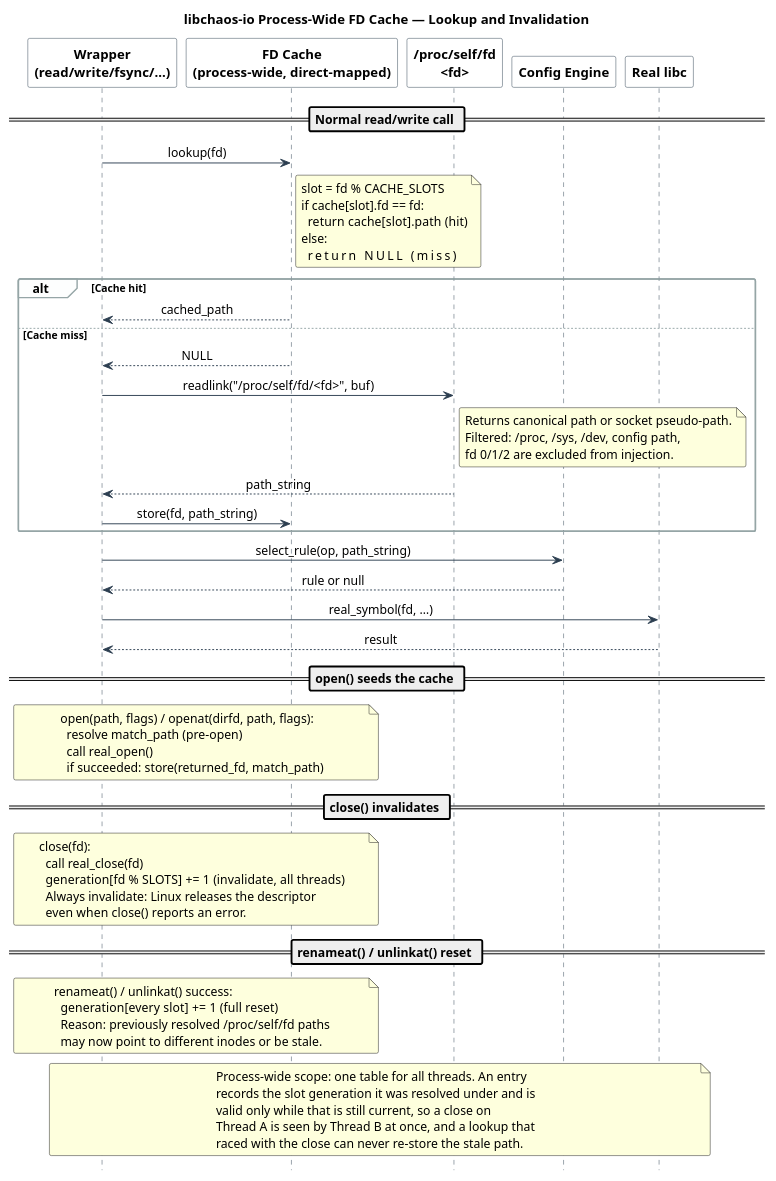
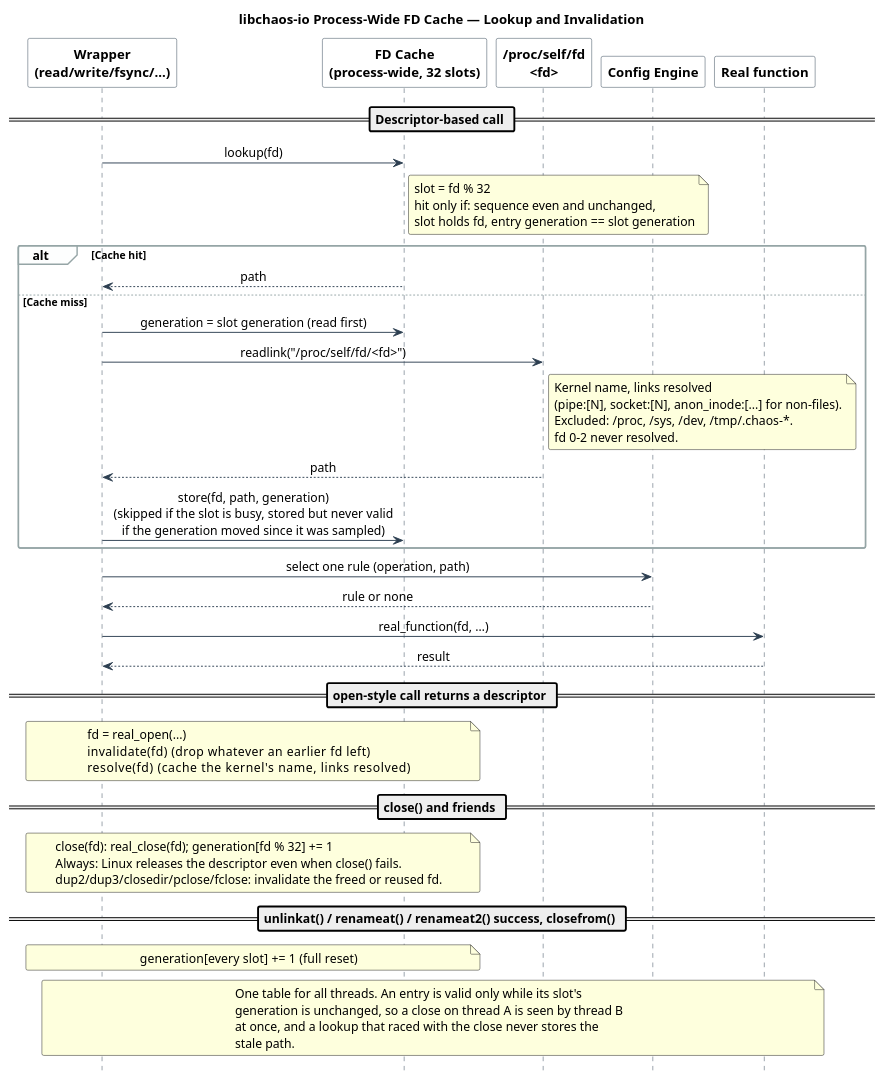
The fourth of 4 diagrams in docs/IO.md (macstab/macstab-chaos-testing-libraries), drawn with PlantUML before and after one commit. The commit also changed other lines of this file and 7 other files, not shown here.

```diff
--- a/docs/IO.md
+++ b/docs/IO.md
@@ -610,75 +586,67 @@
 hide footbox
 
 participant "Wrapper\n(read/write/fsync/…)" as Wrap
-participant "FD Cache\n(process-wide, direct-mapped)" as Cache
+participant "FD Cache\n(process-wide, 32 slots)" as Cache
 participant "/proc/self/fd\n<fd>" as Proc
 participant "Config Engine" as Config
-participant "Real libc" as Real
+participant "Real function" as Real
 
-== Normal read/write call ==
+== Descriptor-based call ==
 
 Wrap -> Cache : lookup(fd)
 note right of Cache
-  slot = fd % CACHE_SLOTS
-  if cache[slot].fd == fd:
-    return cache[slot].path  (hit)
-  else:
-    return NULL              (miss)
+  slot = fd % 32
+  hit only if: sequence even and unchanged,
+  slot holds fd, entry generation == slot generation
 end note
 
 alt Cache hit
-  Cache --> Wrap : cached_path
+  Cache --> Wrap : path
 else Cache miss
-  Cache --> Wrap : NULL
-  Wrap -> Proc : readlink("/proc/self/fd/<fd>", buf)
+  Wrap -> Cache : generation = slot generation (read first)
+  Wrap -> Proc : readlink("/proc/self/fd/<fd>")
   note right of Proc
-    Returns canonical path or socket pseudo-path.
-    Filtered: /proc, /sys, /dev, config path,
-    fd 0/1/2 are excluded from injection.
+    Kernel name, links resolved
+    (pipe:[N], socket:[N], anon_inode:[...] for non-files).
+    Excluded: /proc, /sys, /dev, /tmp/.chaos-*.
+    fd 0-2 never resolved.
   end note
-  Proc --> Wrap : path_string
-  Wrap -> Cache : store(fd, path_string)
+  Proc --> Wrap : path
+  Wrap -> Cache : store(fd, path, generation)\n(skipped if the slot is busy, stored but never valid\nif the generation moved since it was sampled)
 end
 
-Wrap -> Config : select_rule(op, path_string)
-Config --> Wrap : rule or null
-Wrap -> Real : real_symbol(fd, …)
+Wrap -> Config : select one rule (operation, path)
+Config --> Wrap : rule or none
+Wrap -> Real : real_function(fd, …)
 Real --> Wrap : result
 
-== open() seeds the cache ==
+== open-style call returns a descriptor ==
 
 note over Wrap, Cache
-  open(path, flags) / openat(dirfd, path, flags):
-    resolve match_path (pre-open)
-    call real_open()
-    if succeeded: store(returned_fd, match_path)
+  fd = real_open(...)
+  invalidate(fd)       (drop whatever an earlier fd left)
+  resolve(fd)          (cache the kernel's name, links resolved)
 end note
 
-== close() invalidates ==
+== close() and friends ==
 
 note over Wrap, Cache
-  close(fd):
-    call real_close(fd)
-    generation[fd % SLOTS] += 1  (invalidate, all threads)
-    Always invalidate: Linux releases the descriptor
-    even when close() reports an error.
+  close(fd): real_close(fd); generation[fd % 32] += 1
+  Always: Linux releases the descriptor even when close() fails.
+  dup2/dup3/closedir/pclose/fclose: invalidate the freed or reused fd.
 end note
 
-== renameat() / unlinkat() reset ==
+== unlinkat() / renameat() / renameat2() success, closefrom() ==
 
 note over Wrap, Cache
-  renameat() / unlinkat() success:
-    generation[every slot] += 1  (full reset)
-    Reason: previously resolved /proc/self/fd paths
-    may now point to different inodes or be stale.
+  generation[every slot] += 1  (full reset)
 end note
 
 note across
-  Process-wide scope: one table for all threads. An entry
-  records the slot generation it was resolved under and is
-  valid only while that is still current, so a close on
-  Thread A is seen by Thread B at once, and a lookup that
-  raced with the close can never re-store the stale path.
+  One table for all threads. An entry is valid only while its slot's
+  generation is unchanged, so a close on thread A is seen by thread B
+  at once, and a lookup that raced with the close never stores the
+  stale path.
 end note
 
 @enduml
```
